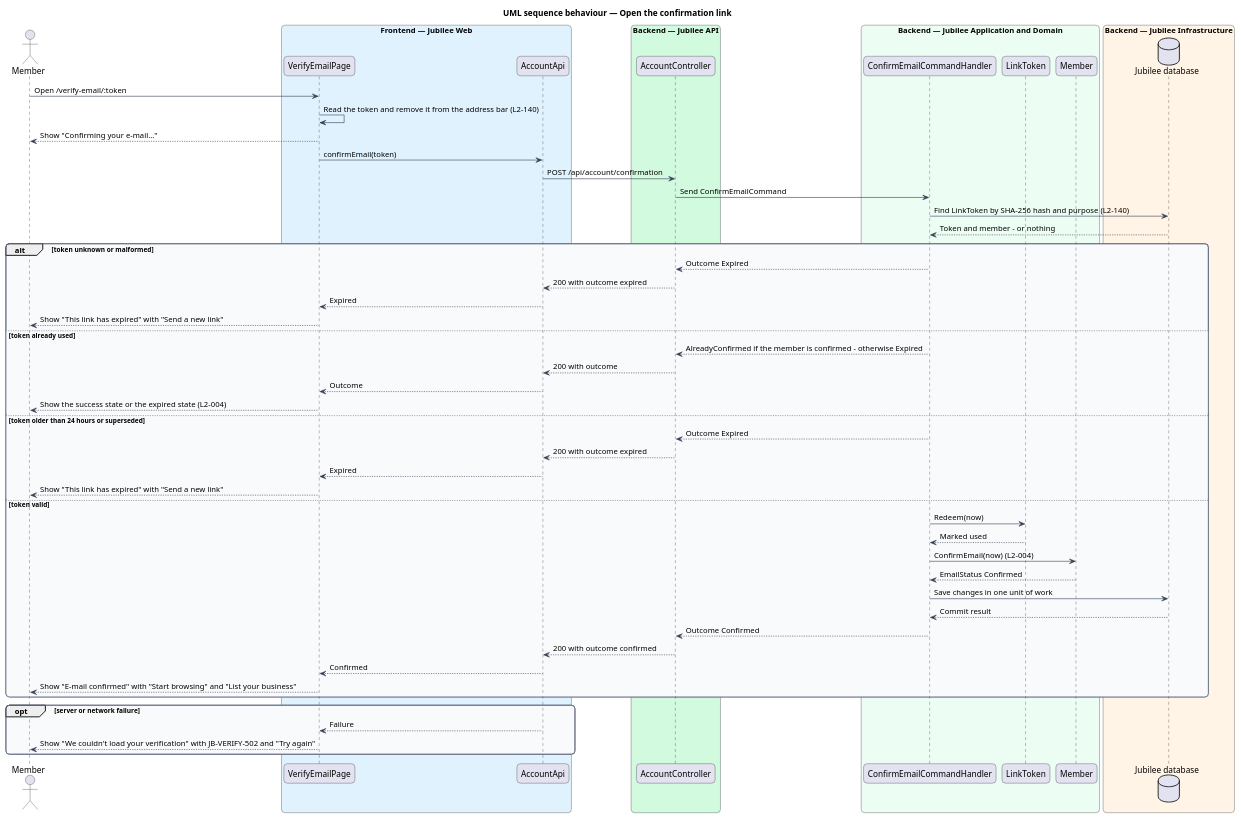
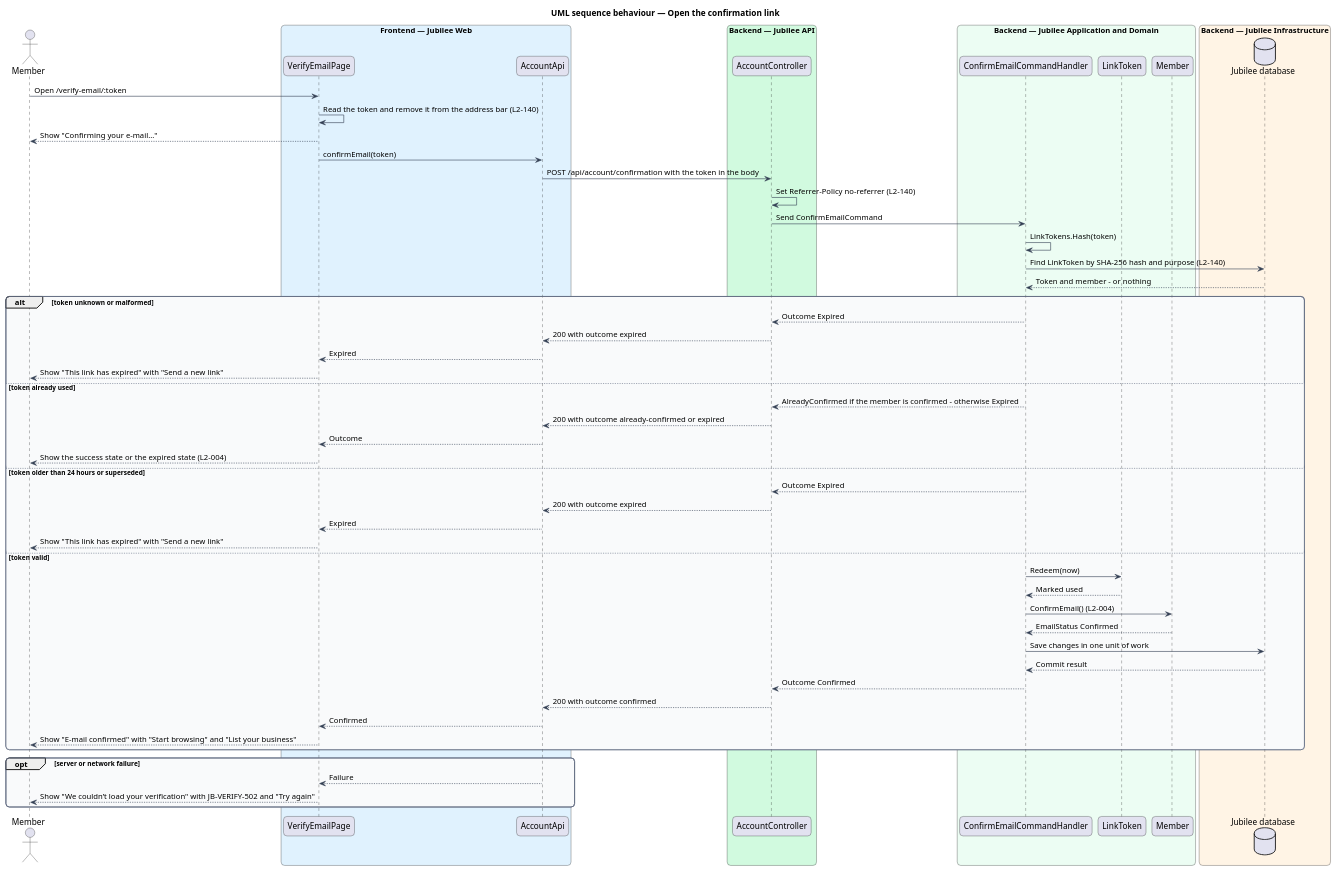
One commit to QuinntyneBrown/jubilee changed the diagram in docs/detailed-designs/accounts/confirm-email/diagrams/sequence-confirm-link.puml. Above: the diagram before and after it, drawn with PlantUML. The commit also changed 40 other files, not shown here.

```diff
--- a/docs/detailed-designs/accounts/confirm-email/diagrams/sequence-confirm-link.puml
+++ b/docs/detailed-designs/accounts/confirm-email/diagrams/sequence-confirm-link.puml
@@ -1,73 +1,75 @@
 @startuml
 title UML sequence behaviour — Open the confirmation link
 skinparam backgroundColor #FFFFFF
 skinparam shadowing false
 skinparam roundcorner 12
 skinparam defaultFontName Arial
 skinparam ArrowColor #344054
 skinparam rectangle {
   BorderColor #344054
   FontColor #101828
 }
 skinparam package {
   BorderColor #667085
   FontColor #101828
   BackgroundColor #F9FAFB
 }
 actor "Member" as actor
 box "Frontend — Jubilee Web" #E0F2FE
   participant "VerifyEmailPage" as page
   participant "AccountApi" as client
 end box
 box "Backend — Jubilee API" #D1FADF
   participant "AccountController" as controller
 end box
 box "Backend — Jubilee Application and Domain" #ECFDF3
   participant "ConfirmEmailCommandHandler" as handler
   participant "LinkToken" as token
   participant "Member" as entity
 end box
 box "Backend — Jubilee Infrastructure" #FFF4E5
   database "Jubilee database" as db
 end box
 
 actor -> page : Open /verify-email/:token
 page -> page : Read the token and remove it from the address bar (L2-140)
 page --> actor : Show "Confirming your e-mail…"
 page -> client : confirmEmail(token)
-client -> controller : POST /api/account/confirmation
+client -> controller : POST /api/account/confirmation with the token in the body
+controller -> controller : Set Referrer-Policy no-referrer (L2-140)
 controller -> handler : Send ConfirmEmailCommand
+handler -> handler : LinkTokens.Hash(token)
 handler -> db : Find LinkToken by SHA-256 hash and purpose (L2-140)
 db --> handler : Token and member - or nothing
 alt token unknown or malformed
   handler --> controller : Outcome Expired
   controller --> client : 200 with outcome expired
   client --> page : Expired
   page --> actor : Show "This link has expired" with "Send a new link"
 else token already used
   handler --> controller : AlreadyConfirmed if the member is confirmed - otherwise Expired
-  controller --> client : 200 with outcome
+  controller --> client : 200 with outcome already-confirmed or expired
   client --> page : Outcome
   page --> actor : Show the success state or the expired state (L2-004)
 else token older than 24 hours or superseded
   handler --> controller : Outcome Expired
   controller --> client : 200 with outcome expired
   client --> page : Expired
   page --> actor : Show "This link has expired" with "Send a new link"
 else token valid
   handler -> token : Redeem(now)
   token --> handler : Marked used
-  handler -> entity : ConfirmEmail(now) (L2-004)
+  handler -> entity : ConfirmEmail() (L2-004)
   entity --> handler : EmailStatus Confirmed
   handler -> db : Save changes in one unit of work
   db --> handler : Commit result
   handler --> controller : Outcome Confirmed
   controller --> client : 200 with outcome confirmed
   client --> page : Confirmed
   page --> actor : Show "E-mail confirmed" with "Start browsing" and "List your business"
 end
 opt server or network failure
   client --> page : Failure
-  page --> actor : Show "We couldn't load your verification" with JB-VERIFY-502 and "Try again"
+  page --> actor : Show "We couldn’t load your verification" with JB-VERIFY-502 and "Try again"
 end
 @enduml
```
